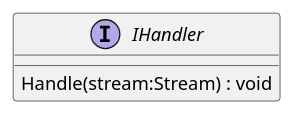
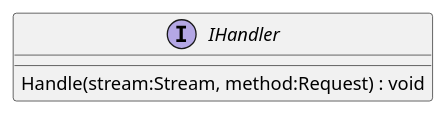
The diagram in PlantUml/MyHTTPServer/IHandler.puml (Fentan-kyc/MY_HTTP_SERVER), drawn with PlantUML before and after one commit. The commit also changed 10 other files, not shown here.

Commit message:
new diagram

```diff
--- a/PlantUml/MyHTTPServer/IHandler.puml
+++ b/PlantUml/MyHTTPServer/IHandler.puml
@@ -1,5 +1,5 @@
 @startuml
 interface IHandler {
-    Handle(stream:Stream) : void
+    Handle(stream:Stream, method:Request) : void
 }
 @enduml
```
